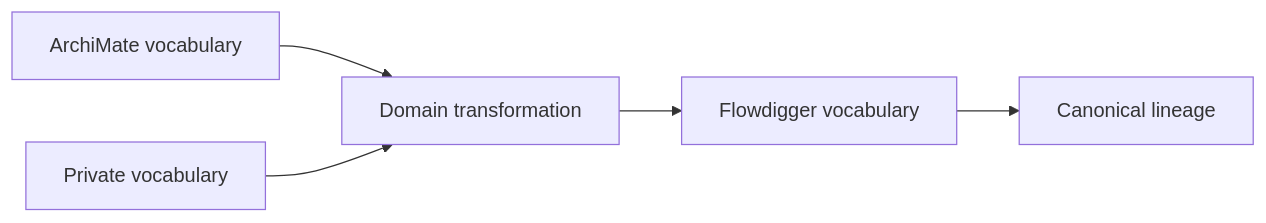
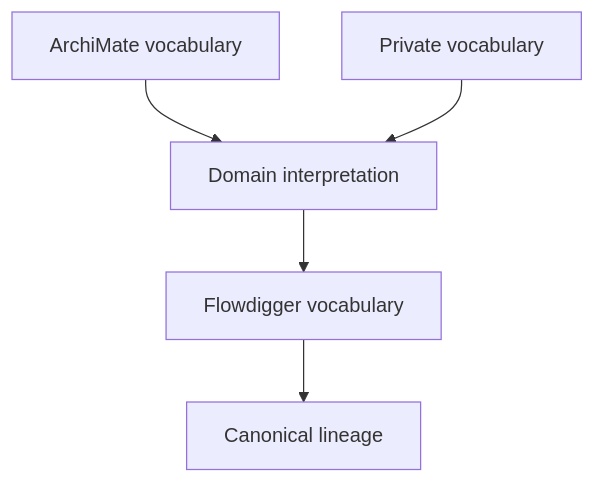
The fourth of 7 diagrams in docs/flowdigger-deterministic-knowledge-derivation.md (flowdigger/flowdigger.github.io), drawn with Mermaid before and after one commit. The commit also changed other lines of this file and 4 other files, not shown here.

````diff
--- a/docs/flowdigger-deterministic-knowledge-derivation.md
+++ b/docs/flowdigger-deterministic-knowledge-derivation.md
@@ -152,7 +178,7 @@
 ```mermaid
-flowchart LR
-    A[ArchiMate vocabulary] --> T[Domain transformation]
+flowchart TD
+    A[ArchiMate vocabulary] --> T[Domain interpretation]
     V[Private vocabulary] --> T
     T --> F[Flowdigger vocabulary]
     F --> L[Canonical lineage]
 ```
````
